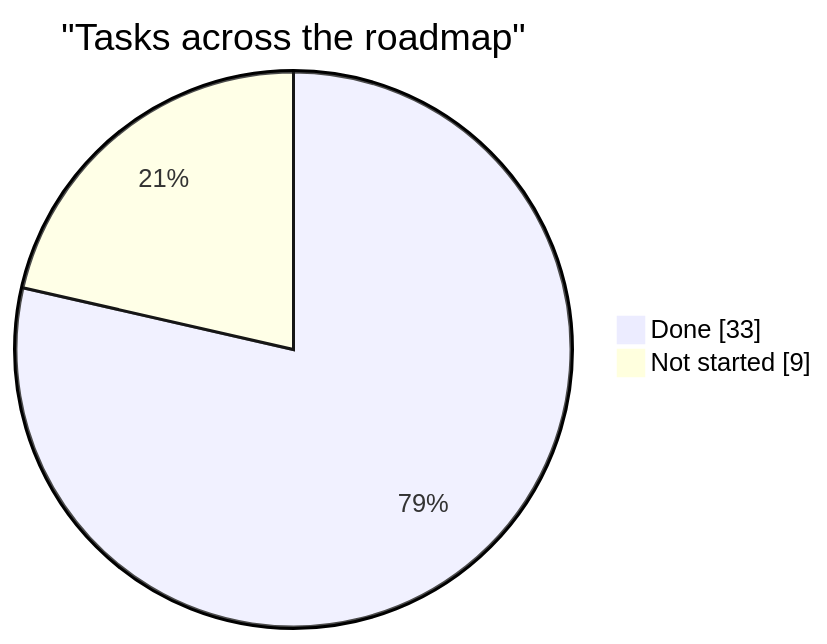
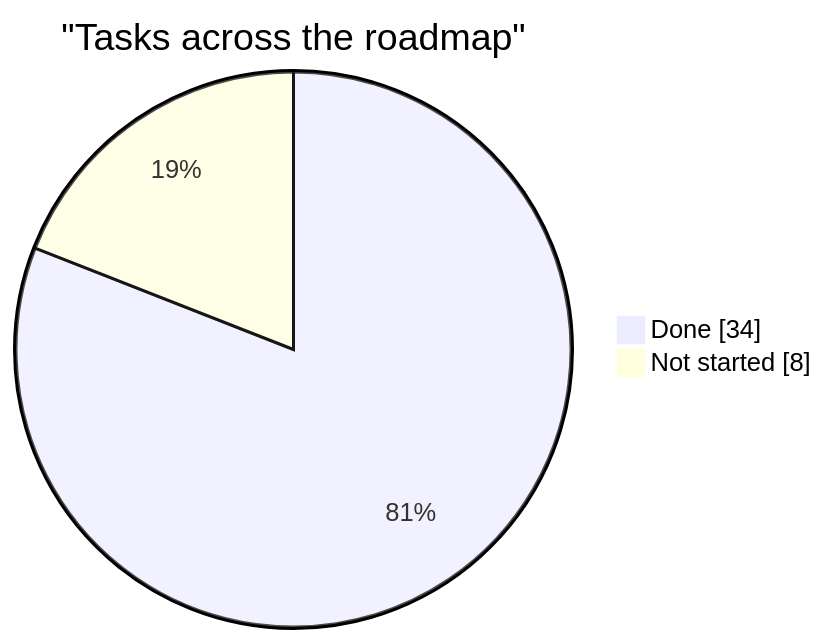
One commit to AdamClemens/PyFlow changed the diagram in docs/planning/status.md. Above: the diagram before and after it, drawn with Mermaid. The commit also changed other lines of this file and 24 other files, not shown here.

````diff
--- a/docs/planning/status.md
+++ b/docs/planning/status.md
@@ -21,6 +21,6 @@
 ```mermaid
 pie showData
     title "Tasks across the roadmap"
-    "Done" : 33
-    "Not started" : 9
+    "Done" : 34
+    "Not started" : 8
 ```
````
